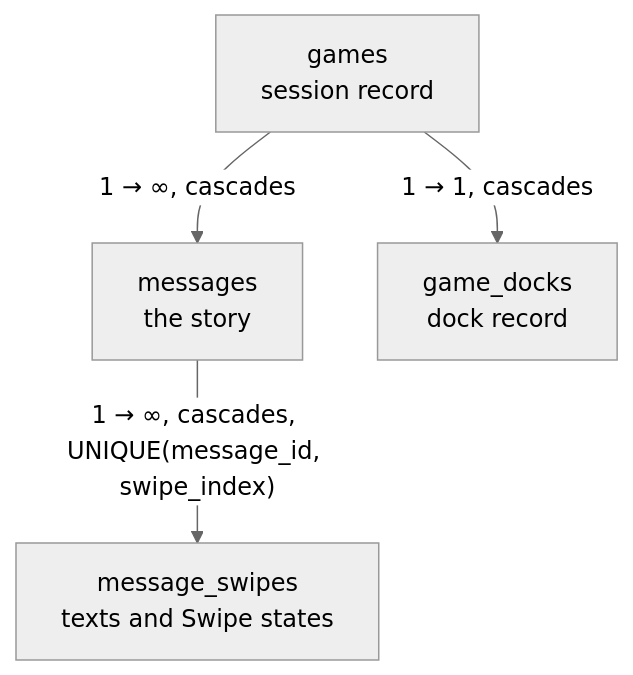
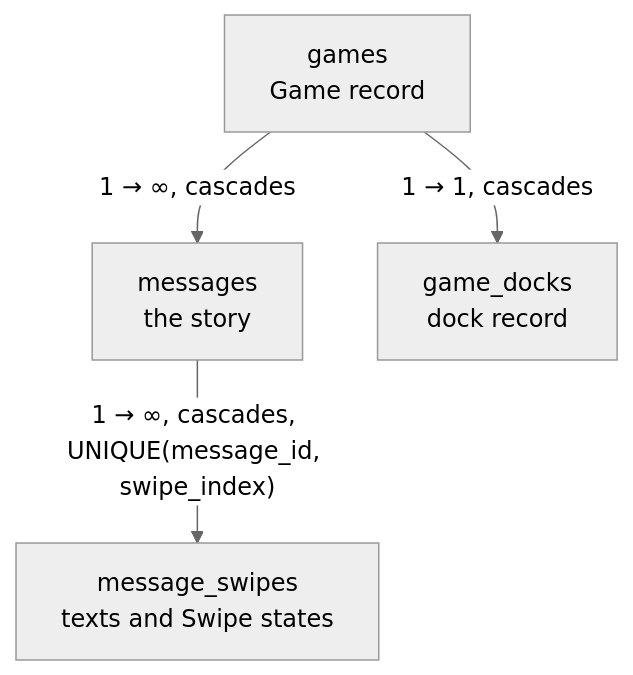
One commit to notsonormal/chronicler-engine changed the first of 2 diagrams in docs/diataxis/reference/storage.md. Above: the diagram before and after it, drawn with Mermaid (neutral theme). The commit also changed other lines of this file and 194 other files, not shown here.

````diff
--- a/docs/diataxis/reference/storage.md
+++ b/docs/diataxis/reference/storage.md
@@ -109,11 +109,11 @@
 ```mermaid
 flowchart TD
-    games["games<br/>session record"]
+    games["games<br/>Game record"]
     messages["messages<br/>the story"]
     swipes["message_swipes<br/>texts and Swipe states"]
     docks["game_docks<br/>dock record"]
 
     games -->|"1 → ∞, cascades"| messages
     games -->|"1 → 1, cascades"| docks
     messages -->|"1 → ∞, cascades, UNIQUE(message_id, swipe_index)"| swipes
 ```
````
